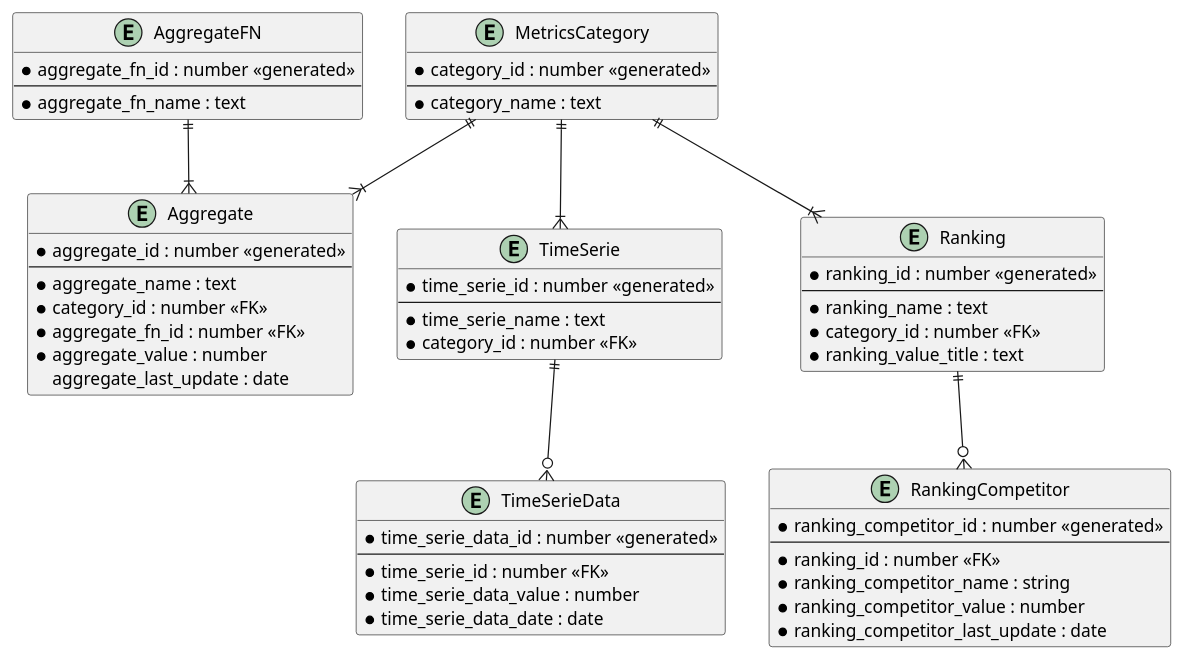
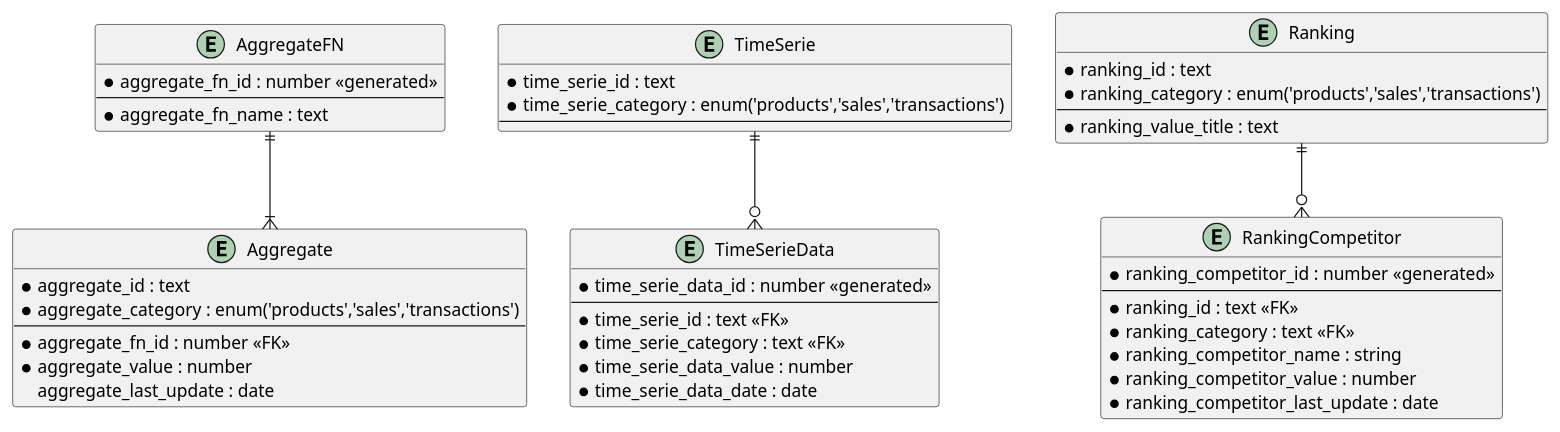
Before and after one commit to joav/simple-sales-business: the diagram in docs/diagrams/database/database-metrics.puml, drawn with PlantUML.

Commit message:
Docs: Update metrics database

```diff
--- a/docs/diagrams/database/database-metrics.puml
+++ b/docs/diagrams/database/database-metrics.puml
@@ -2,68 +2,58 @@
-@startuml Database
-' Global
-entity MetricsCategory {
-  * category_id : number <<generated>>
-  --
-  * category_name : text
-}
+@startuml Database metrics tables
 
 ' Aggregate
 entity AggregateFN {
   * aggregate_fn_id : number <<generated>>
   --
   * aggregate_fn_name : text
 }
 
 entity Aggregate {
-  * aggregate_id : number <<generated>>
+  * aggregate_id : text
+  * aggregate_category : enum('products','sales','transactions')
   --
-  * aggregate_name : text
-  * category_id : number <<FK>>
   * aggregate_fn_id : number <<FK>>
   * aggregate_value : number
   aggregate_last_update : date
 }
 
-MetricsCategory ||--|{ Aggregate
 AggregateFN ||--|{ Aggregate
 
 ' TimeSerie
 entity TimeSerie {
-  * time_serie_id : number <<generated>>
+  * time_serie_id : text
+  * time_serie_category : enum('products','sales','transactions')
   --
-  * time_serie_name : text
-  * category_id : number <<FK>>
 }
 
 entity TimeSerieData {
   * time_serie_data_id : number <<generated>>
   --
-  * time_serie_id : number <<FK>>
+  * time_serie_id : text <<FK>>
+  * time_serie_category : text <<FK>>
   * time_serie_data_value : number
   * time_serie_data_date : date
 }
 
-MetricsCategory ||--|{ TimeSerie
 TimeSerie ||--o{ TimeSerieData
 
 ' Ranking
 entity Ranking {
-  * ranking_id : number <<generated>>
+  * ranking_id : text
+  * ranking_category : enum('products','sales','transactions')
   --
-  * ranking_name : text
-  * category_id : number <<FK>>
   * ranking_value_title : text
 }
 
 entity RankingCompetitor {
   * ranking_competitor_id : number <<generated>>
   --
-  * ranking_id : number <<FK>>
+  * ranking_id : text <<FK>>
+  * ranking_category : text <<FK>>
   * ranking_competitor_name : string
   * ranking_competitor_value : number
   * ranking_competitor_last_update : date
 }
 
-MetricsCategory ||--|{ Ranking
 Ranking ||--o{ RankingCompetitor
 @enduml
```
